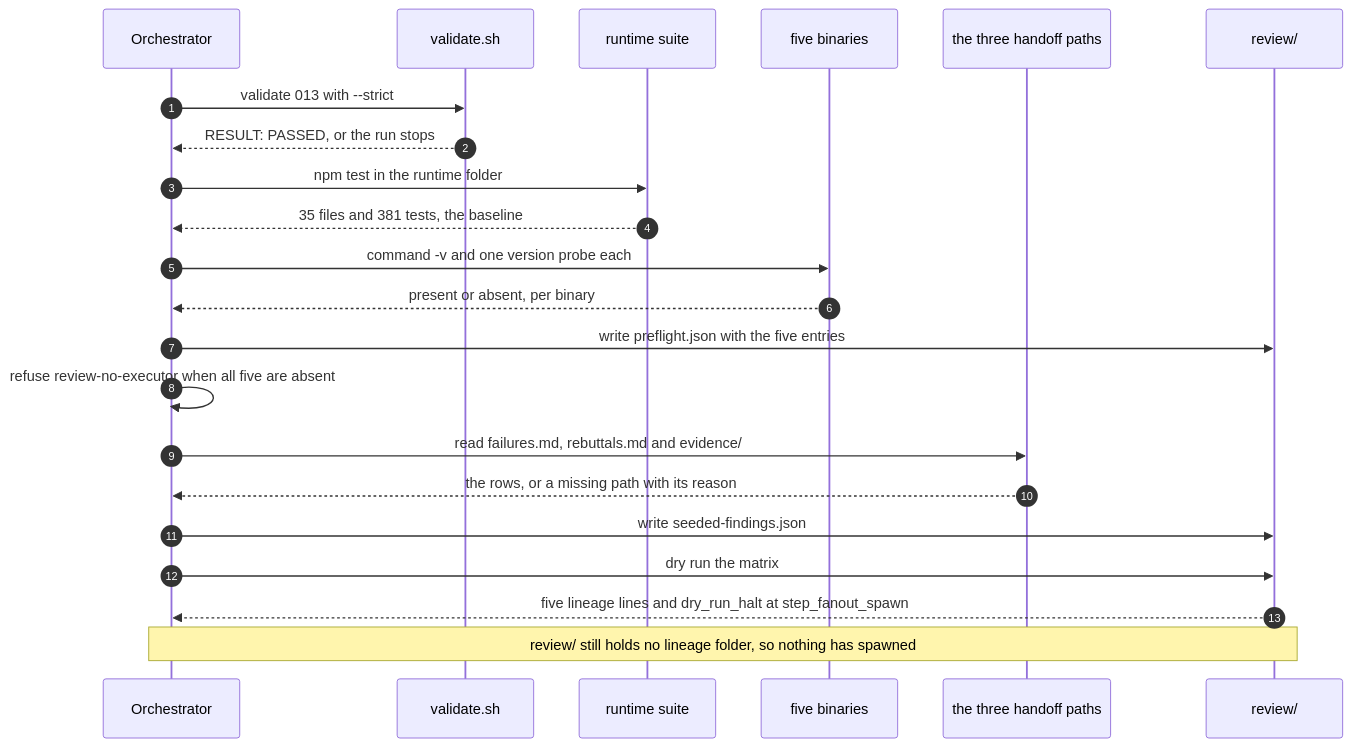
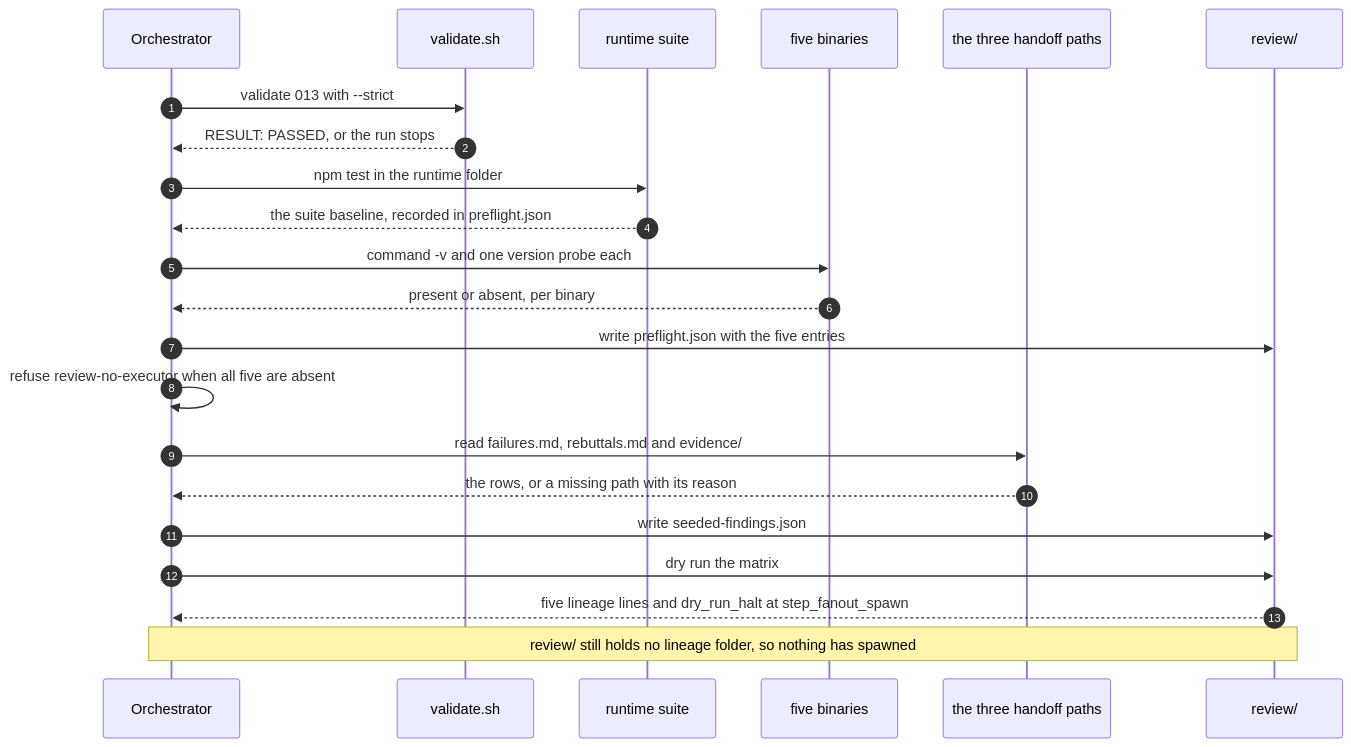
The sixth of 10 diagrams in specs/system-skilled-bots/003-openbot-parity-build/014-deep-review/design/state-machines.md (MichelKerkmeester/skilled-agent-harness_spec-driven-loops), drawn with Mermaid before and after one commit. The commit also changed other lines of this file and 91 other files, not shown here.

````diff
--- a/specs/system-skilled-bots/003-openbot-parity-build/014-deep-review/design/state-machines.md
+++ b/specs/system-skilled-bots/003-openbot-parity-build/014-deep-review/design/state-machines.md
@@ -213,24 +216,24 @@
 ```mermaid
 sequenceDiagram
   autonumber
   participant Or as Orchestrator
   participant Va as validate.sh
   participant Su as runtime suite
   participant Bi as five binaries
   participant Hf as the three handoff paths
   participant Pk as review/
   Or->>Va: validate 013 with --strict
   Va-->>Or: RESULT: PASSED, or the run stops
   Or->>Su: npm test in the runtime folder
-  Su-->>Or: 35 files and 381 tests, the baseline
+  Su-->>Or: the suite baseline, recorded in preflight.json
   Or->>Bi: command -v and one version probe each
   Bi-->>Or: present or absent, per binary
   Or->>Pk: write preflight.json with the five entries
   Or->>Or: refuse review-no-executor when all five are absent
   Or->>Hf: read failures.md, rebuttals.md and evidence/
   Hf-->>Or: the rows, or a missing path with its reason
   Or->>Pk: write seeded-findings.json
   Or->>Pk: dry run the matrix
   Pk-->>Or: five lineage lines and dry_run_halt at step_fanout_spawn
   Note over Or,Pk: review/ still holds no lineage folder, so nothing has spawned
 ```
````
